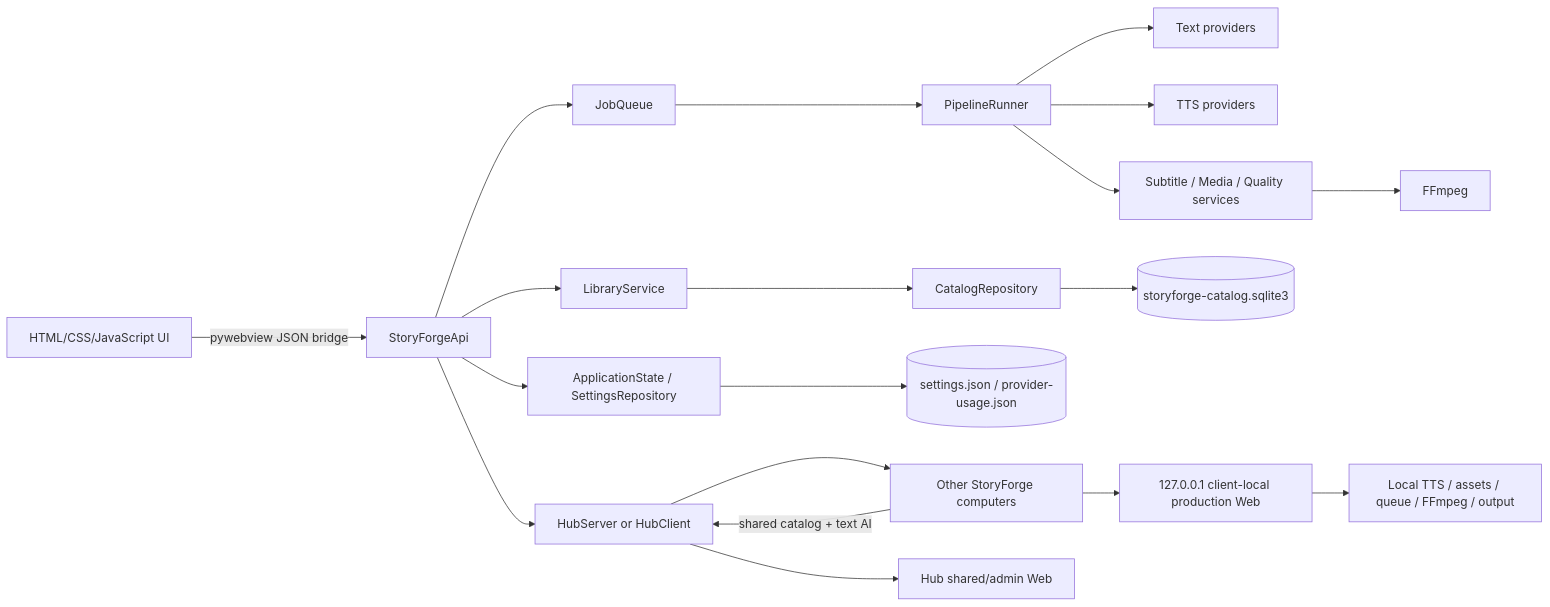
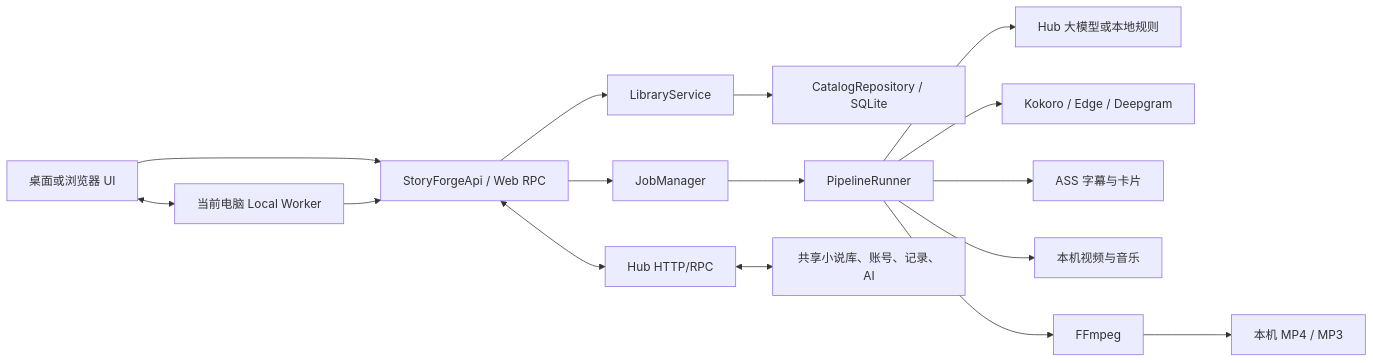
The diagram in docs/STORYFORGE_INTEGRATION_REPORT.md (31-hub-st/Automated-video-editing-tools), drawn with Mermaid before and after one commit. The commit also changed other lines of this file and 55 other files, not shown here.

Commit message:
release: StoryForge Studio v1.0.0

````diff
--- a/docs/STORYFORGE_INTEGRATION_REPORT.md
+++ b/docs/STORYFORGE_INTEGRATION_REPORT.md
@@ -166,21 +95,18 @@
 ```mermaid
 flowchart LR
-    UI["HTML/CSS/JavaScript UI"] -->|"pywebview JSON bridge"| API["StoryForgeApi"]
-    API --> APP["ApplicationState / SettingsRepository"]
-    API --> LIB["LibraryService"]
-    API --> QUEUE["JobQueue"]
-    QUEUE --> PIPE["PipelineRunner"]
-    LIB --> CAT["CatalogRepository"]
-    PIPE --> TXT["Text providers"]
-    PIPE --> TTS["TTS providers"]
-    PIPE --> MEDIA["Subtitle / Media / Quality services"]
-    MEDIA --> FFMPEG["FFmpeg"]
-    CAT --> DB[("storyforge-catalog.sqlite3")]
-    APP --> SETTINGS[("settings.json / provider-usage.json")]
-    API --> HUB["HubServer or HubClient"]
-    HUB --> REMOTE["Other StoryForge computers"]
-    HUB --> HUBWEB["Hub shared/admin Web"]
-    REMOTE --> LOCALWEB["127.0.0.1 client-local production Web"]
-    LOCALWEB --> LOCALMEDIA["Local TTS / assets / queue / FFmpeg / output"]
-    REMOTE -->|"shared catalog + text AI"| HUB
+  UI["桌面或浏览器 UI"] --> API["StoryForgeApi / Web RPC"]
+  API --> LS["LibraryService"]
+  API --> JM["JobManager"]
+  LS --> CAT["CatalogRepository / SQLite"]
+  JM --> PIPE["PipelineRunner"]
+  PIPE --> TXT["Hub 大模型或本地规则"]
+  PIPE --> TTS["Kokoro / Edge / Deepgram"]
+  PIPE --> SUB["ASS 字幕与卡片"]
+  PIPE --> MEDIA["本机视频与音乐"]
+  PIPE --> FFMPEG["FFmpeg"]
+  FFMPEG --> OUT["本机 MP4 / MP3"]
+  API <--> HUB["Hub HTTP/RPC"]
+  HUB <--> SHARED["共享小说库、账号、记录、AI"]
+  UI <--> WORKER["当前电脑 Local Worker"]
+  WORKER --> API
 ```
````
